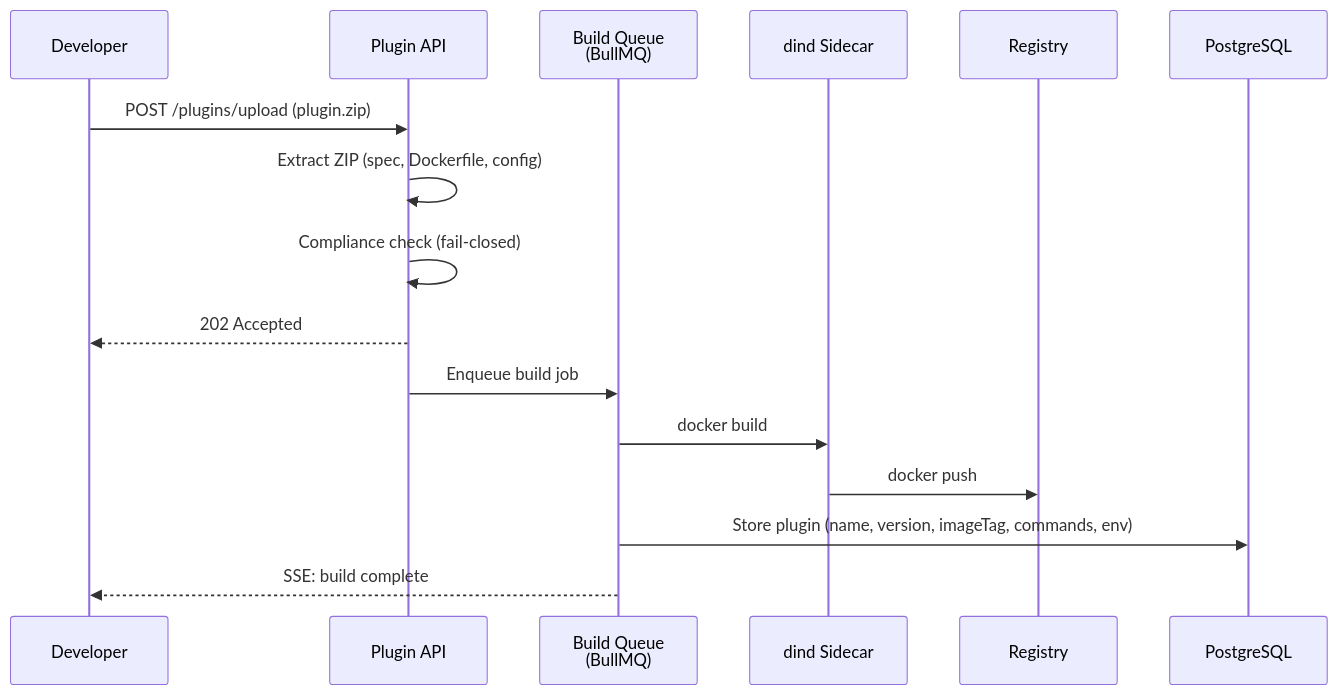
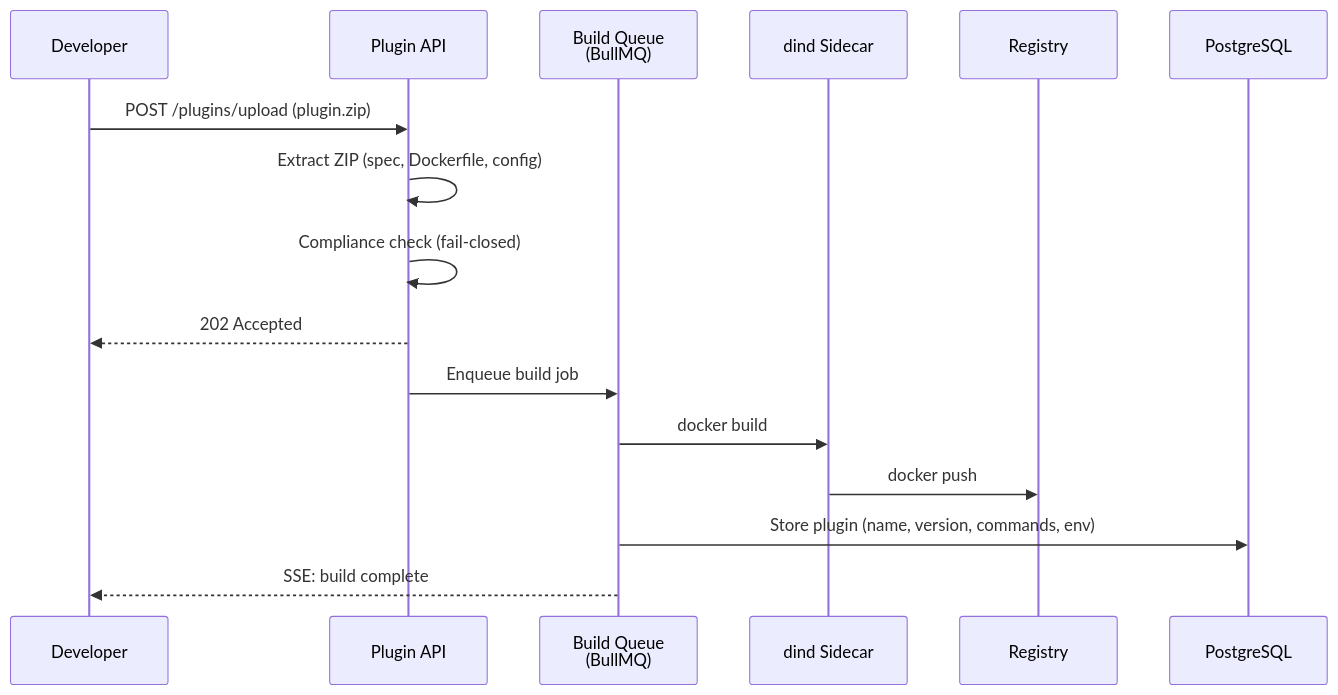
The second of 10 diagrams in docs/architecture-flow.md (mwashburn160/pipeline-builder), drawn with Mermaid before and after one commit. The commit also changed other lines of this file and 100 other files, not shown here.

Commit message:
fix: postgres schema

````diff
--- a/docs/architecture-flow.md
+++ b/docs/architecture-flow.md
@@ -59,21 +59,21 @@
 ```mermaid
 sequenceDiagram
     participant Dev as Developer
     participant API as Plugin API
     participant Queue as Build Queue<br/>(BullMQ)
     participant Dind as dind Sidecar
     participant Reg as Registry
     participant DB as PostgreSQL
 
     Dev->>API: POST /plugins/upload (plugin.zip)
     API->>API: Extract ZIP (spec, Dockerfile, config)
     API->>API: Compliance check (fail-closed)
     API-->>Dev: 202 Accepted
 
     API->>Queue: Enqueue build job
 
     Queue->>Dind: docker build
     Dind->>Reg: docker push
-    Queue->>DB: Store plugin (name, version, imageTag, commands, env)
+    Queue->>DB: Store plugin (name, version, commands, env)
     Queue-->>Dev: SSE: build complete
 ```
````
